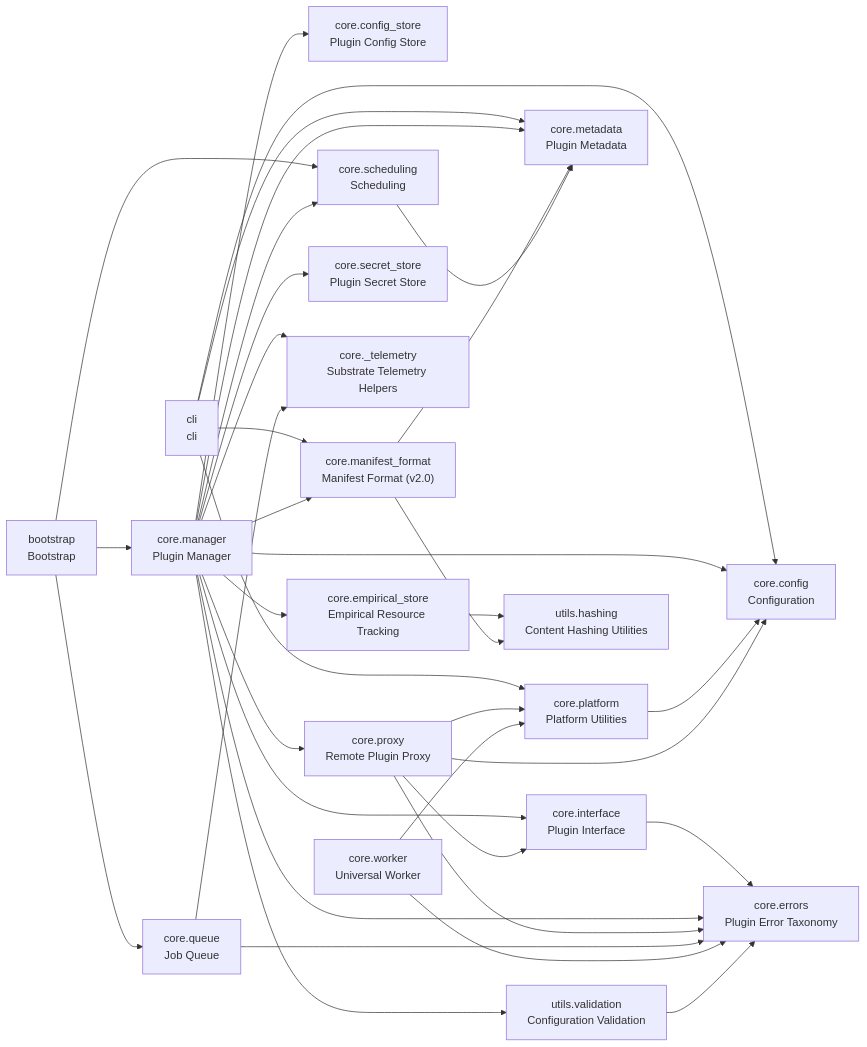
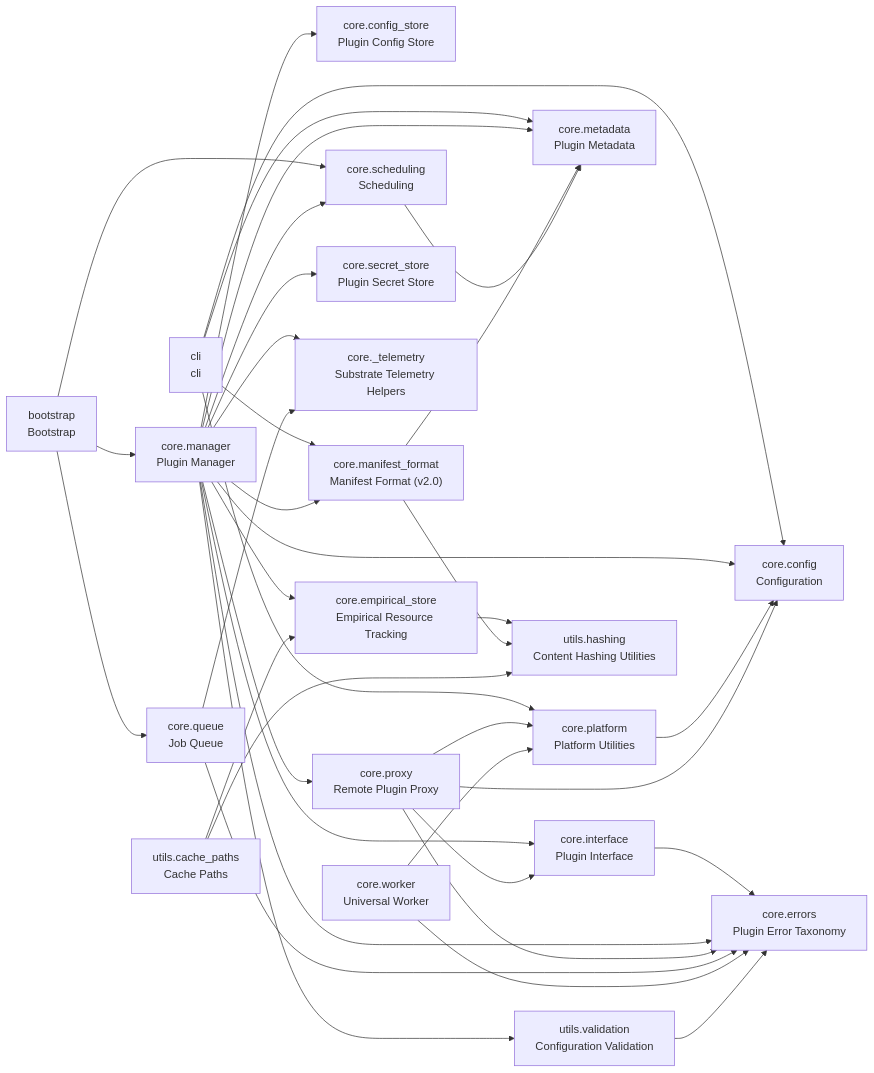
One commit to cj-mills/cjm-plugin-system changed the diagram in README.md. Above: the diagram before and after it, drawn with Mermaid. The commit also changed other lines of this file and 1 other file, not shown here.

````diff
--- a/README.md
+++ b/README.md
@@ -41,57 +42,60 @@
 ``` mermaid
 graph LR
     bootstrap["bootstrap<br/>Bootstrap"]
     cli["cli<br/>cli"]
     core_config["core.config<br/>Configuration"]
     core_config_store["core.config_store<br/>Plugin Config Store"]
     core_empirical_store["core.empirical_store<br/>Empirical Resource Tracking"]
     core_errors["core.errors<br/>Plugin Error Taxonomy"]
     core_interface["core.interface<br/>Plugin Interface"]
     core_manager["core.manager<br/>Plugin Manager"]
     core_manifest_format["core.manifest_format<br/>Manifest Format (v2.0)"]
     core_metadata["core.metadata<br/>Plugin Metadata"]
     core_platform["core.platform<br/>Platform Utilities"]
     core_proxy["core.proxy<br/>Remote Plugin Proxy"]
     core_queue["core.queue<br/>Job Queue"]
     core_scheduling["core.scheduling<br/>Scheduling"]
     core_secret_store["core.secret_store<br/>Plugin Secret Store"]
     core__telemetry["core._telemetry<br/>Substrate Telemetry Helpers"]
     core_worker["core.worker<br/>Universal Worker"]
+    utils_cache_paths["utils.cache_paths<br/>Cache Paths"]
     utils_hashing["utils.hashing<br/>Content Hashing Utilities"]
     utils_validation["utils.validation<br/>Configuration Validation"]
 
+    bootstrap --> core_queue
     bootstrap --> core_manager
     bootstrap --> core_scheduling
-    bootstrap --> core_queue
+    cli --> core_manifest_format
+    cli --> core_config
     cli --> core_platform
-    cli --> core_config
-    cli --> core_manifest_format
     cli --> core_metadata
     core_empirical_store --> utils_hashing
     core_interface --> core_errors
     core_manager --> core_empirical_store
+    core_manager --> core__telemetry
+    core_manager --> core_scheduling
+    core_manager --> core_manifest_format
     core_manager --> core_errors
-    core_manager --> core_scheduling
+    core_manager --> core_config_store
+    core_manager --> core_interface
     core_manager --> core_metadata
+    core_manager --> core_config
     core_manager --> core_proxy
-    core_manager --> core_manifest_format
-    core_manager --> core_config
-    core_manager --> core_interface
     core_manager --> core_secret_store
-    core_manager --> core_config_store
-    core_manager --> core__telemetry
     core_manager --> utils_validation
+    core_manifest_format --> utils_hashing
     core_manifest_format --> core_metadata
-    core_manifest_format --> utils_hashing
     core_platform --> core_config
     core_proxy --> core_errors
     core_proxy --> core_platform
+    core_proxy --> core_interface
     core_proxy --> core_config
-    core_proxy --> core_interface
+    core_queue --> core__telemetry
     core_queue --> core_errors
-    core_queue --> core__telemetry
     core_scheduling --> core_metadata
     core_worker --> core_errors
     core_worker --> core_platform
+    utils_cache_paths --> utils_hashing
+    utils_cache_paths --> core_empirical_store
     utils_validation --> core_errors
 ```
````
